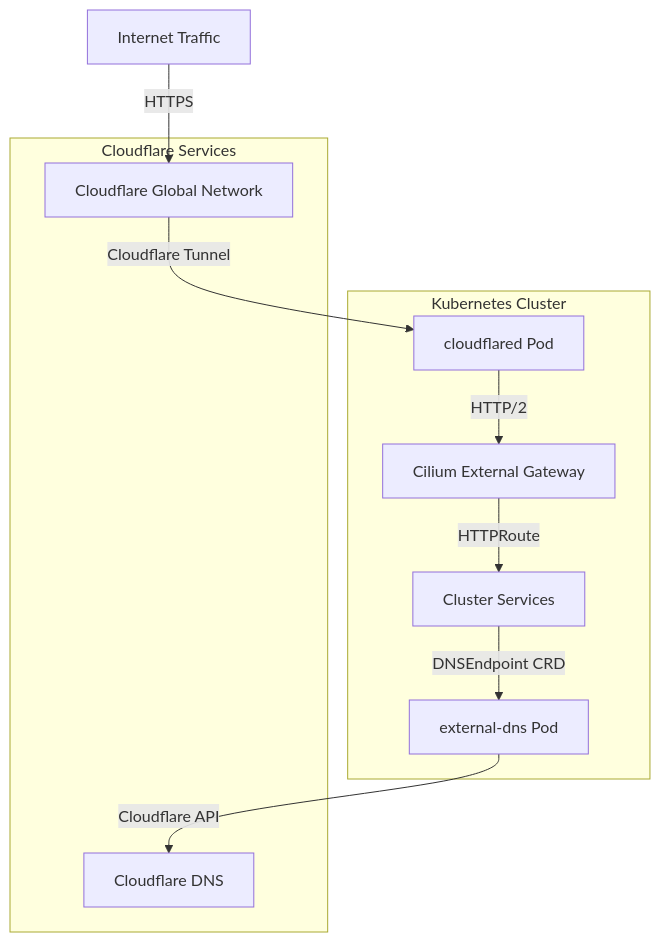
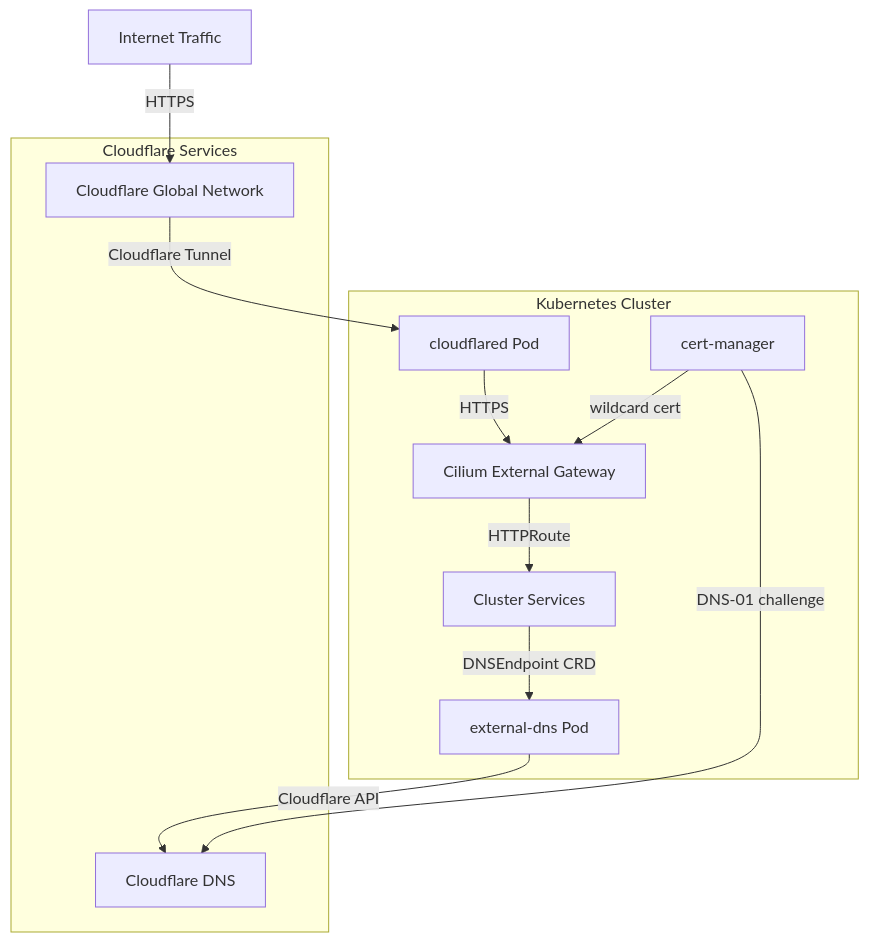
The diagram in openwiki/integrations/cloudflare.md (Tomyail/talos-cluster), drawn with Mermaid before and after one commit. The commit also changed other lines of this file and 79 other files, not shown here.

````diff
--- a/openwiki/integrations/cloudflare.md
+++ b/openwiki/integrations/cloudflare.md
@@ -35,22 +43,26 @@
 ```mermaid
 flowchart TD
     Internet[Internet Traffic] -->|HTTPS| CF[Cloudflare Global Network]
     CF -->|Cloudflare Tunnel| CFTunnel[cloudflared Pod]
-    CFTunnel -->|HTTP/2| Gateway[Cilium External Gateway]
+    CFTunnel -->|HTTPS| Gateway[Cilium External Gateway]
     Gateway -->|HTTPRoute| Services[Cluster Services]
-    
+
     Services -->|DNSEndpoint CRD| ExtDNS[external-dns Pod]
     ExtDNS -->|Cloudflare API| CFDNS[Cloudflare DNS]
-    
+
+    CertM[cert-manager] -->|DNS-01 challenge| CFDNS
+    CertM -->|wildcard cert| Gateway
+
     subgraph "Kubernetes Cluster"
         CFTunnel
         Gateway
         Services
         ExtDNS
+        CertM
     end
-    
+
     subgraph "Cloudflare Services"
         CF
         CFDNS
     end
 ```
````
